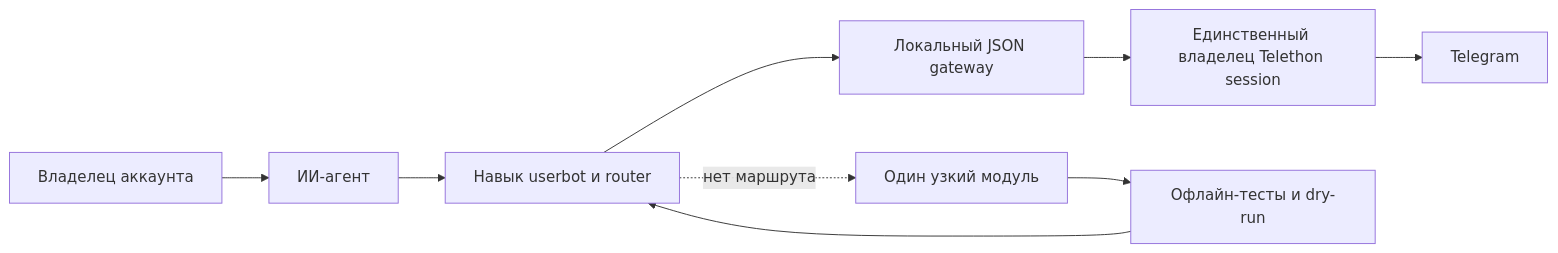
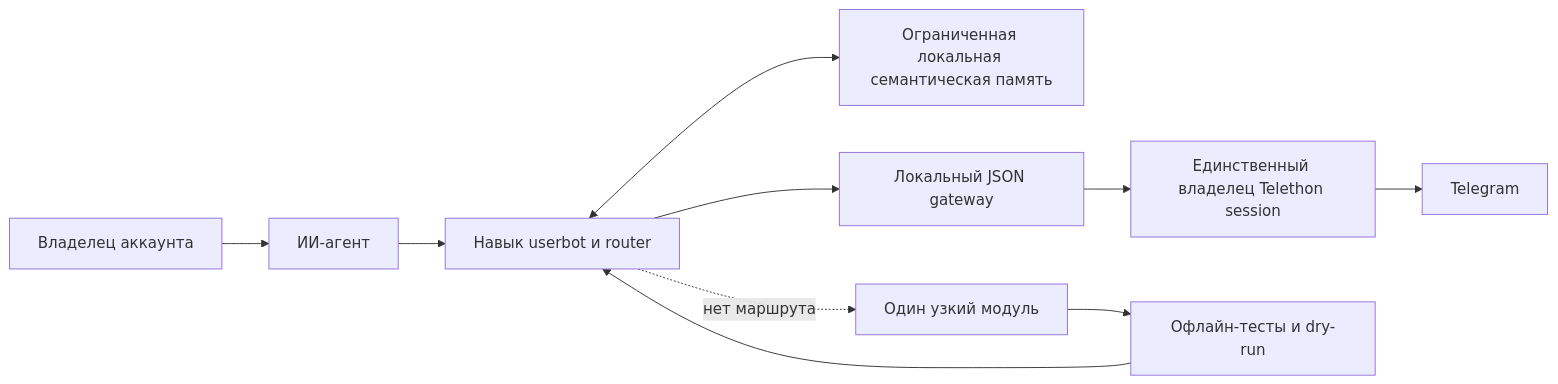
Before and after one commit to eugeneb1ack/telethon-userbot-operations-skill: the diagram in README.ru.md, drawn with Mermaid. The commit also changed other lines of this file and 17 other files, not shown here.

````diff
--- a/README.ru.md
+++ b/README.ru.md
@@ -43,11 +44,12 @@
 ```mermaid
 flowchart LR
     U[Владелец аккаунта] --> A[ИИ-агент]
     A --> S[Навык userbot и router]
+    S <--> L[Ограниченная локальная семантическая память]
     S --> G[Локальный JSON gateway]
     G --> O[Единственный владелец Telethon session]
     O --> T[Telegram]
     S -. нет маршрута .-> M[Один узкий модуль]
     M --> Q[Офлайн-тесты и dry-run]
     Q --> S
 ```
````
